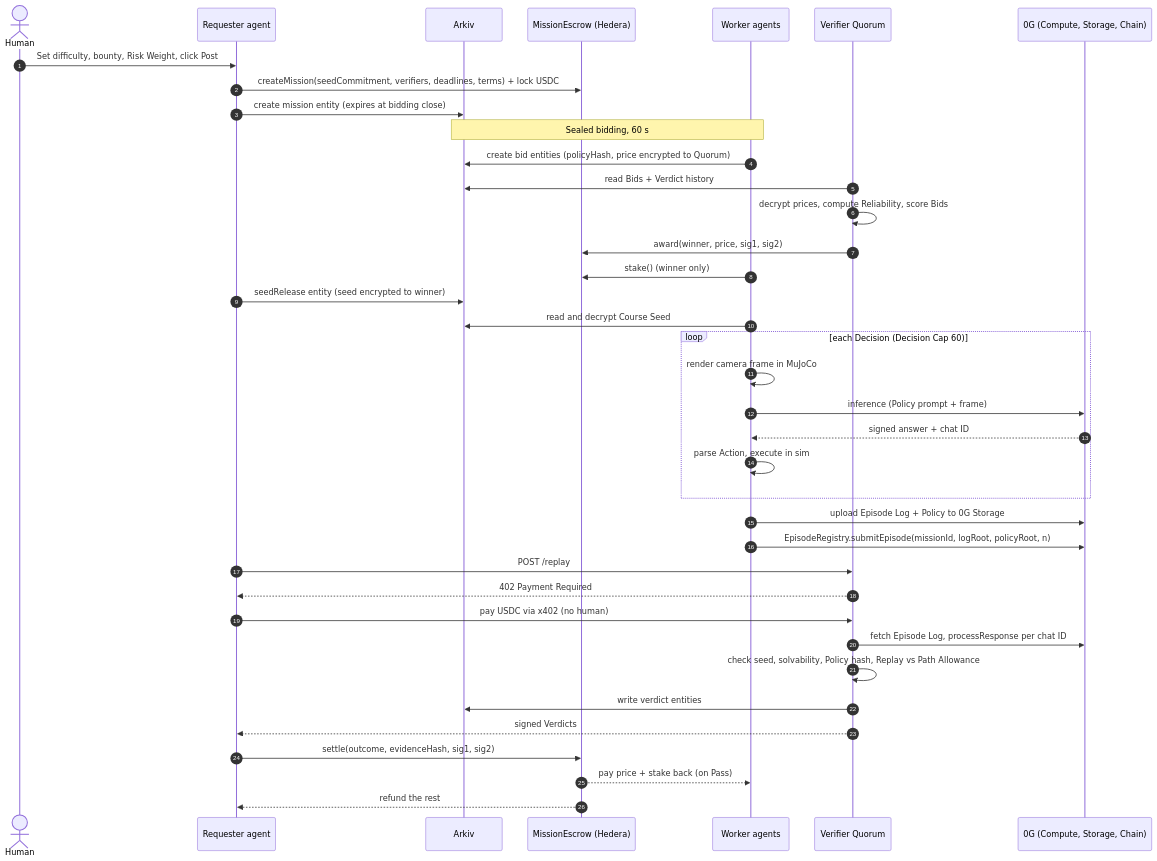
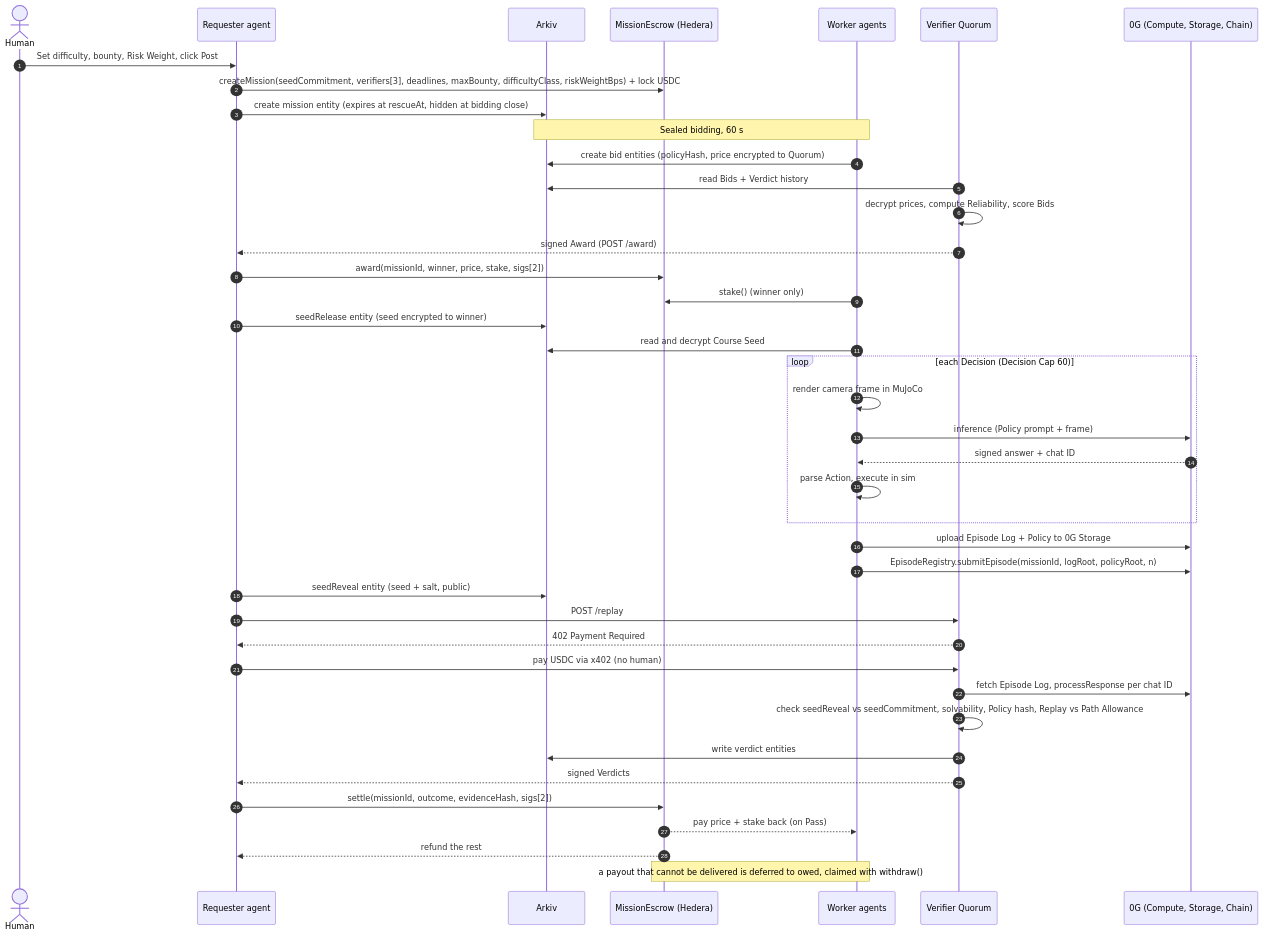
The second of 4 diagrams in docs/architecture.md (ksacheth/dewo), drawn with Mermaid before and after one commit. The commit also changed other lines of this file, not shown here.

Commit message:
(docs) update architecture flows

````diff
--- a/docs/architecture.md
+++ b/docs/architecture.md
@@ -50,46 +51,49 @@
 ```mermaid
 sequenceDiagram
   autonumber
   actor H as Human
   participant R as Requester agent
   participant A as Arkiv
   participant E as MissionEscrow (Hedera)
   participant W as Worker agents
   participant Q as Verifier Quorum
   participant G as 0G (Compute, Storage, Chain)
 
   H->>R: Set difficulty, bounty, Risk Weight, click Post
-  R->>E: createMission(seedCommitment, verifiers, deadlines, terms) + lock USDC
-  R->>A: create mission entity (expires at bidding close)
+  R->>E: createMission(seedCommitment, verifiers[3], deadlines, maxBounty, difficultyClass, riskWeightBps) + lock USDC
+  R->>A: create mission entity (expires at rescueAt, hidden at bidding close)
 
   Note over W,A: Sealed bidding, 60 s
   W->>A: create bid entities (policyHash, price encrypted to Quorum)
 
   Q->>A: read Bids + Verdict history
   Q->>Q: decrypt prices, compute Reliability, score Bids
-  Q->>E: award(winner, price, sig1, sig2)
+  Q-->>R: signed Award (POST /award)
+  R->>E: award(missionId, winner, price, stake, sigs[2])
   W->>E: stake() (winner only)
   R->>A: seedRelease entity (seed encrypted to winner)
   W->>A: read and decrypt Course Seed
 
   loop each Decision (Decision Cap 60)
     W->>W: render camera frame in MuJoCo
     W->>G: inference (Policy prompt + frame)
     G-->>W: signed answer + chat ID
     W->>W: parse Action, execute in sim
   end
 
   W->>G: upload Episode Log + Policy to 0G Storage
   W->>G: EpisodeRegistry.submitEpisode(missionId, logRoot, policyRoot, n)
+  R->>A: seedReveal entity (seed + salt, public)
 
   R->>Q: POST /replay
   Q-->>R: 402 Payment Required
   R->>Q: pay USDC via x402 (no human)
   Q->>G: fetch Episode Log, processResponse per chat ID
-  Q->>Q: check seed, solvability, Policy hash, Replay vs Path Allowance
+  Q->>Q: check seedReveal vs seedCommitment, solvability, Policy hash, Replay vs Path Allowance
   Q->>A: write verdict entities
   Q-->>R: signed Verdicts
-  R->>E: settle(outcome, evidenceHash, sig1, sig2)
+  R->>E: settle(missionId, outcome, evidenceHash, sigs[2])
   E-->>W: pay price + stake back (on Pass)
   E-->>R: refund the rest
+  Note over E,W: a payout that cannot be delivered is deferred to owed, claimed with withdraw()
 ```
````
